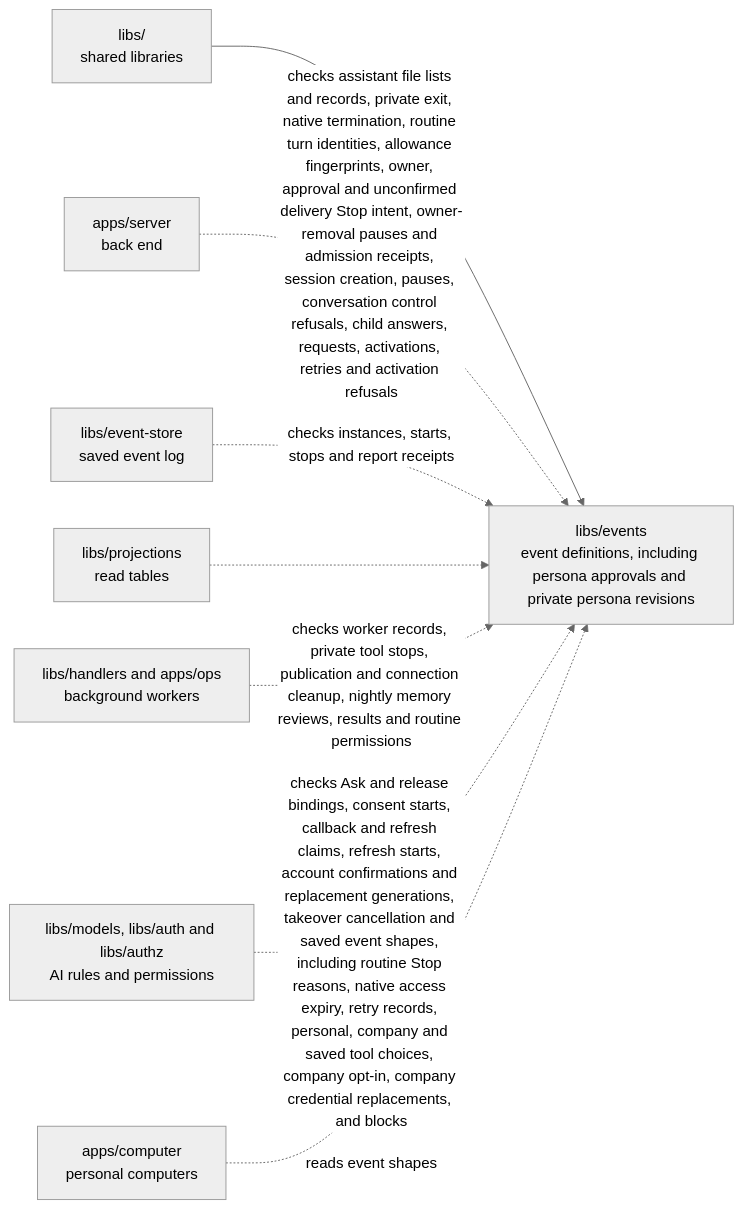
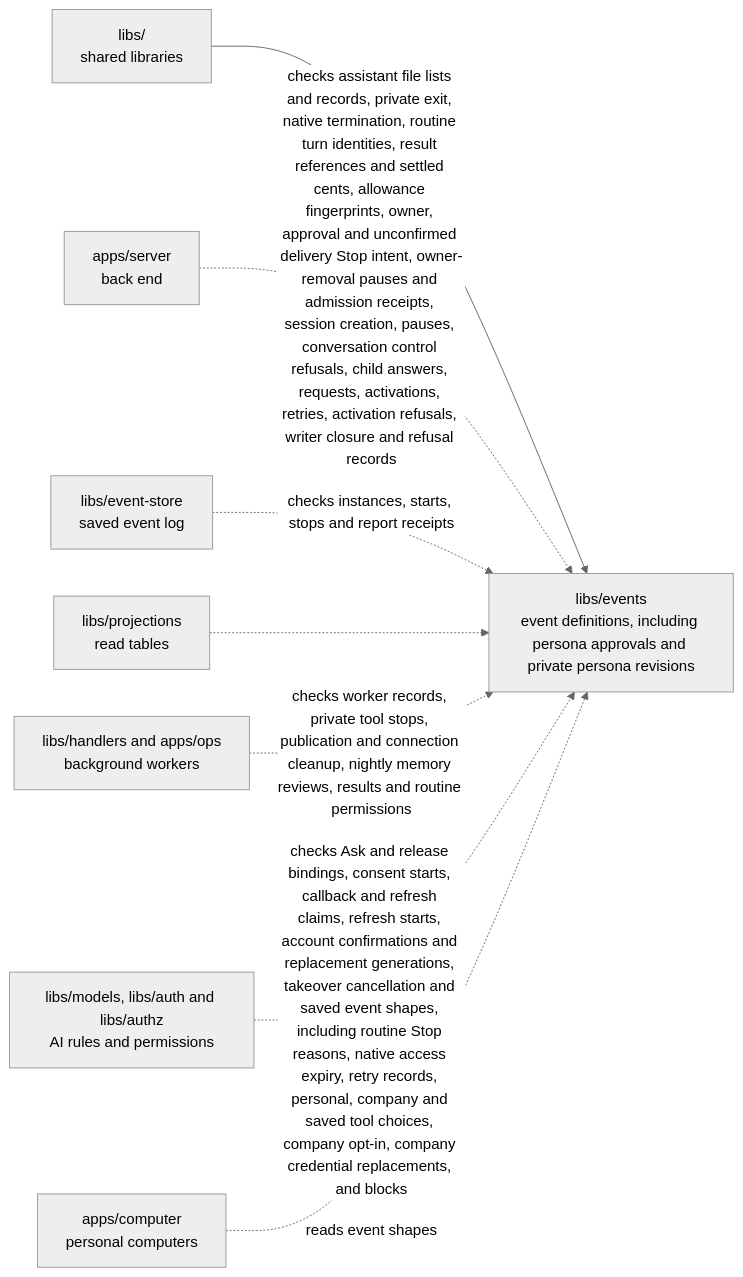
The diagram in libs/events/README.md (elewa-git/opencrane-new), drawn with Mermaid (neutral theme) before and after one commit. The commit also changed other lines of this file and 15 other files, not shown here.

````diff
--- a/libs/events/README.md
+++ b/libs/events/README.md
@@ -56,10 +58,10 @@
 ```mermaid
 flowchart LR
   parent["libs/<br/>shared libraries"] --> events["libs/events<br/>event definitions, including persona approvals and private persona revisions"]
-  server["apps/server<br/>back end"] -.->|checks assistant file lists and records, private exit, native termination, routine turn identities, allowance fingerprints, owner, approval and unconfirmed delivery Stop intent, owner-removal pauses and admission receipts, session creation, pauses, conversation control refusals, child answers, requests, activations, retries and activation refusals| events
+  server["apps/server<br/>back end"] -.->|checks assistant file lists and records, private exit, native termination, routine turn identities, result references and settled cents, allowance fingerprints, owner, approval and unconfirmed delivery Stop intent, owner-removal pauses and admission receipts, session creation, pauses, conversation control refusals, child answers, requests, activations, retries, activation refusals, writer closure and refusal records| events
   store["libs/event-store<br/>saved event log"] -.->|checks instances, starts, stops and report receipts| events
   projections["libs/projections<br/>read tables"] -.-> events
   workers["libs/handlers and apps/ops<br/>background workers"] -.->|checks worker records, private tool stops, publication and connection cleanup, nightly memory reviews, results and routine permissions| events
   models["libs/models, libs/auth and libs/authz<br/>AI rules and permissions"] -.->|checks Ask and release bindings, consent starts, callback and refresh claims, refresh starts, account confirmations and replacement generations, takeover cancellation and saved event shapes, including routine Stop reasons, native access expiry, retry records, personal, company and saved tool choices, company opt-in, company credential replacements, and blocks| events
   computer["apps/computer<br/>personal computers"] -.->|reads event shapes| events
 ```
````
